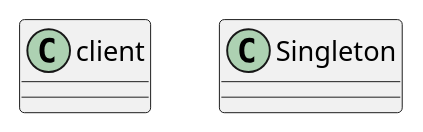
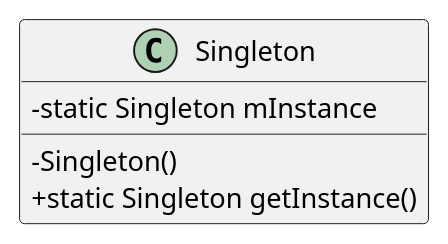
One commit to yumodev/yumodev_notes changed the diagram in pattern/res/singlethon.puml. Above: the diagram before and after it, drawn with PlantUML. The commit also changed 3 other files, not shown here.

```diff
--- a/pattern/res/singlethon.puml
+++ b/pattern/res/singlethon.puml
@@ -1,7 +1,9 @@
 @startuml
-class client{
-}
+skinparam classAttributeIconSize 0
 
 class Singleton{
+  - static Singleton mInstance
+  - Singleton()
+  + static Singleton getInstance()
 }
 @enduml
```
